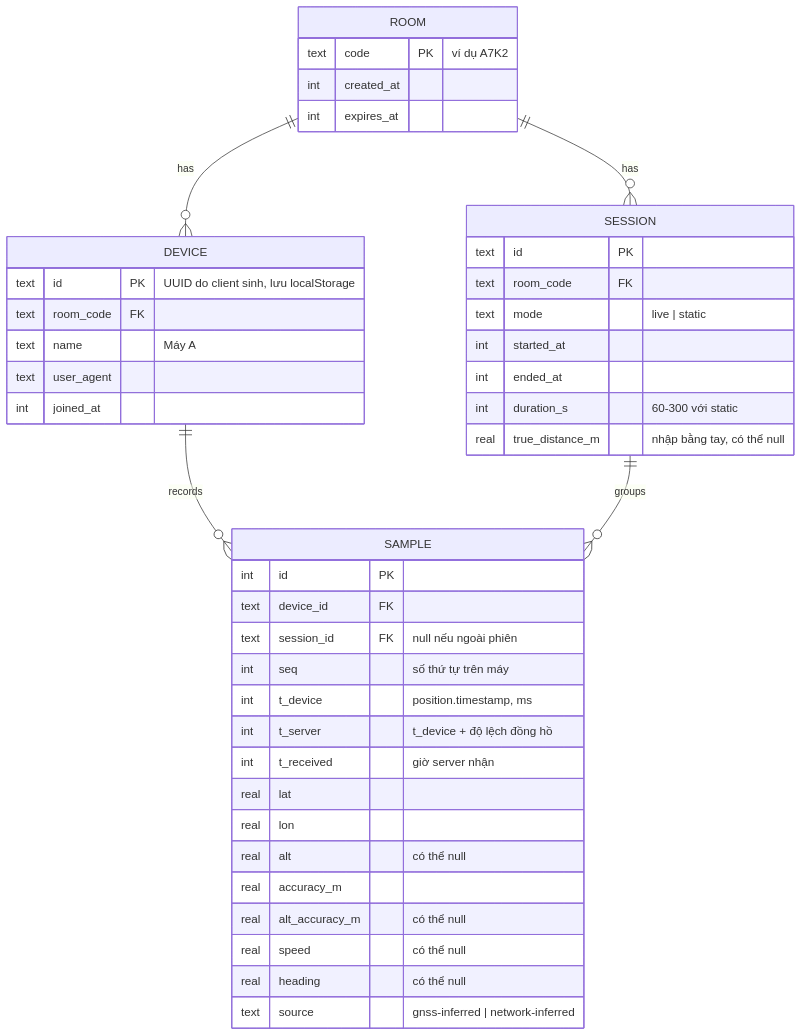
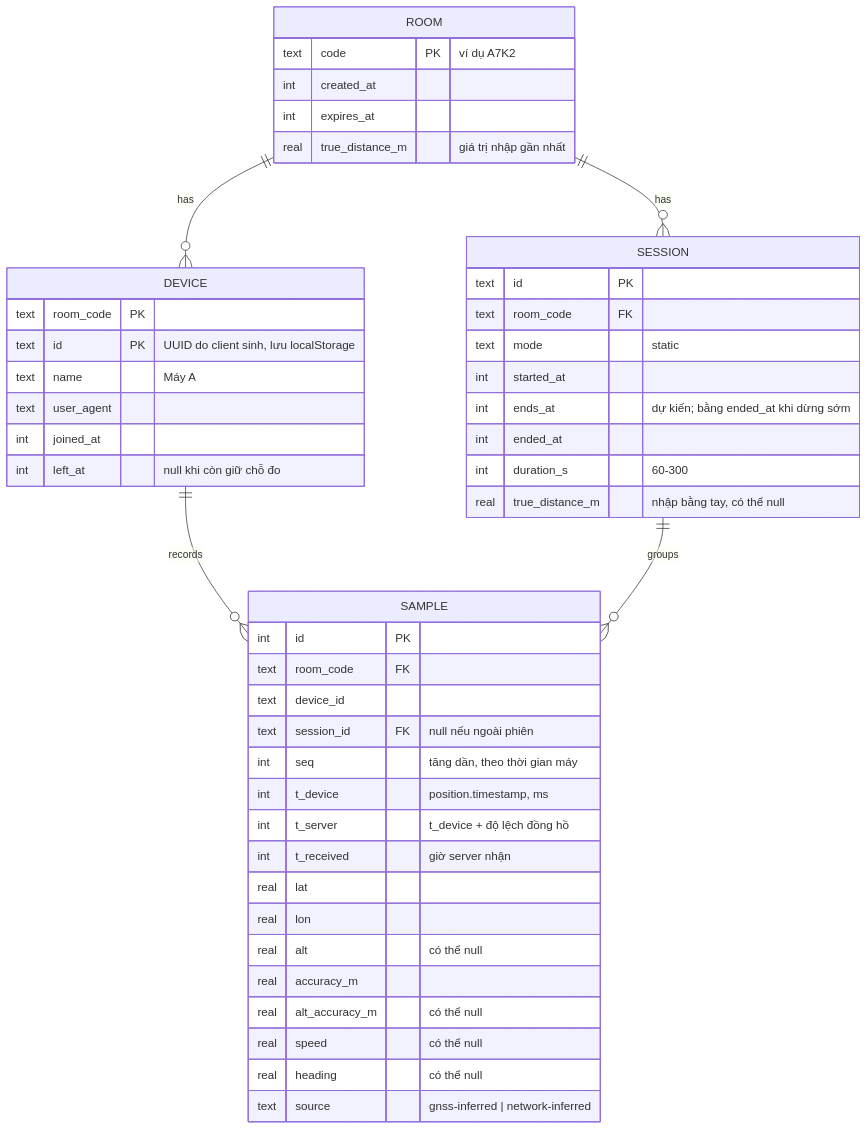
The second of 2 diagrams in docs/architecture.md (LucPham-BlueOC/RTK--positioning-system), drawn with Mermaid before and after one commit. The commit also changed other lines of this file and 79 other files, not shown here.

````diff
--- a/docs/architecture.md
+++ b/docs/architecture.md
@@ -91,45 +94,49 @@
 ```mermaid
 erDiagram
   ROOM ||--o{ DEVICE : has
   ROOM ||--o{ SESSION : has
   DEVICE ||--o{ SAMPLE : records
   SESSION ||--o{ SAMPLE : groups
   ROOM {
     text code PK "ví dụ A7K2"
     int created_at
     int expires_at
+    real true_distance_m "giá trị nhập gần nhất"
   }
   DEVICE {
+    text room_code PK
     text id PK "UUID do client sinh, lưu localStorage"
-    text room_code FK
     text name "Máy A"
     text user_agent
     int joined_at
+    int left_at "null khi còn giữ chỗ đo"
   }
   SESSION {
     text id PK
     text room_code FK
-    text mode "live | static"
+    text mode "static"
     int started_at
+    int ends_at "dự kiến; bằng ended_at khi dừng sớm"
     int ended_at
-    int duration_s "60-300 với static"
+    int duration_s "60-300"
     real true_distance_m "nhập bằng tay, có thể null"
   }
   SAMPLE {
     int id PK
-    text device_id FK
+    text room_code FK
+    text device_id
     text session_id FK "null nếu ngoài phiên"
-    int seq "số thứ tự trên máy"
+    int seq "tăng dần, theo thời gian máy"
     int t_device "position.timestamp, ms"
     int t_server "t_device + độ lệch đồng hồ"
     int t_received "giờ server nhận"
     real lat
     real lon
     real alt "có thể null"
     real accuracy_m
     real alt_accuracy_m "có thể null"
     real speed "có thể null"
     real heading "có thể null"
     text source "gnss-inferred | network-inferred"
   }
 ```
````
